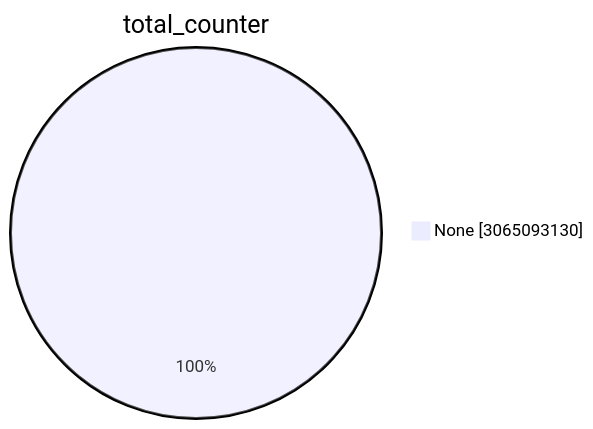
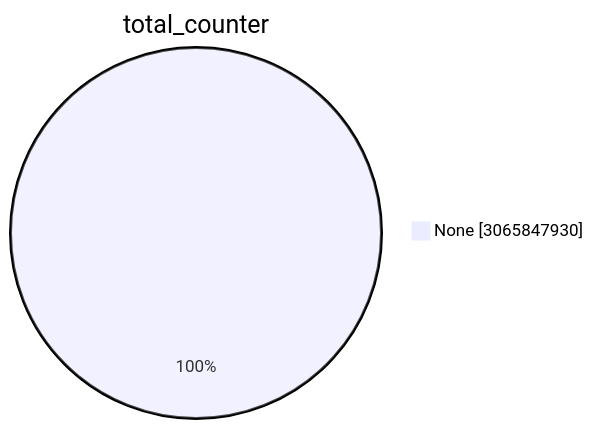
One commit to christiankrug/ctmonitor_visualization changed the first of 15 diagrams in TOTAL/README.md. Above: the diagram before and after it, drawn with Mermaid. The commit also changed other lines of this file, not shown here.

````diff
--- a/TOTAL/README.md
+++ b/TOTAL/README.md
@@ -1,5 +1,5 @@
 ```mermaid
 pie showData
 title total_counter
-"None" :3065093130
+"None" :3065847930
 ```
````
